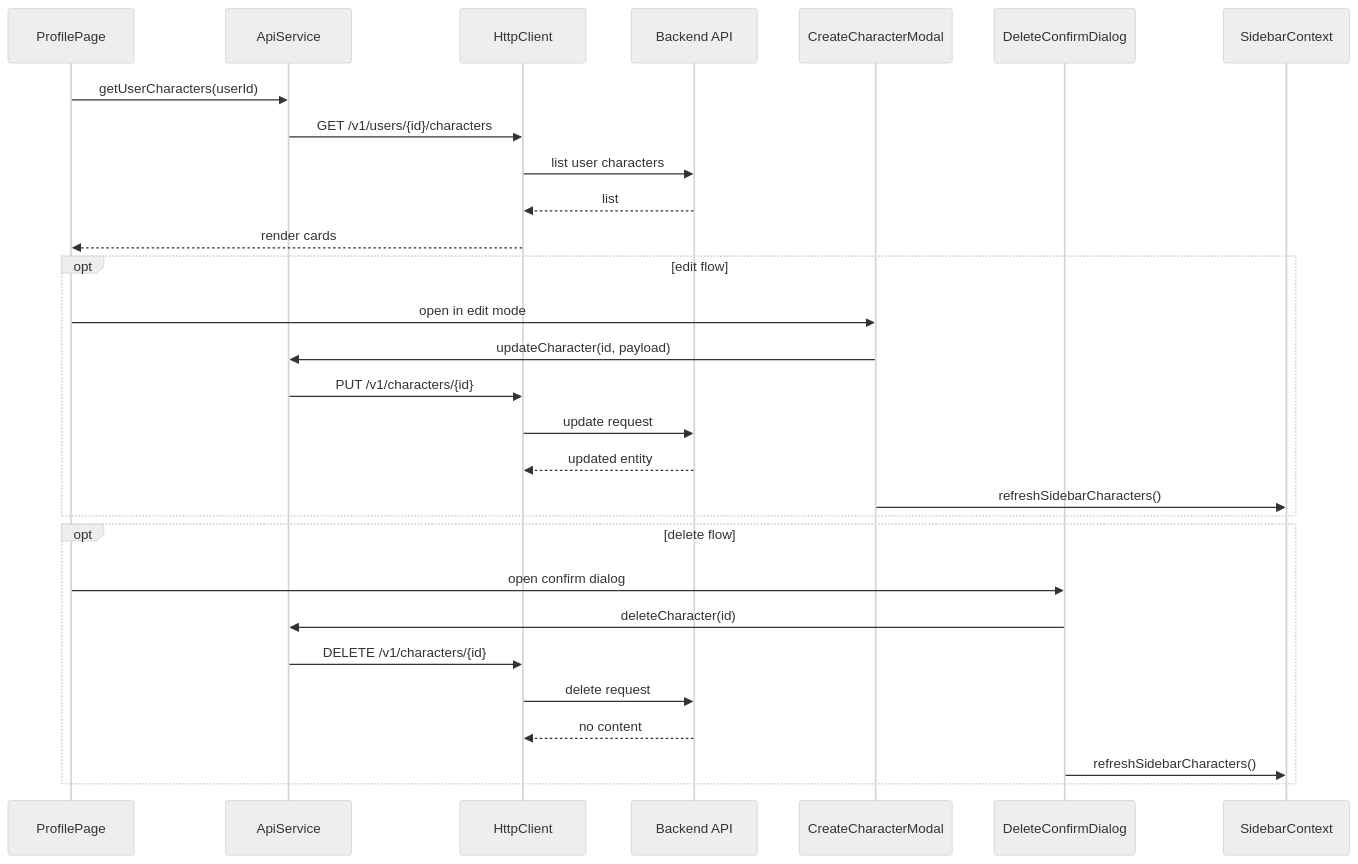
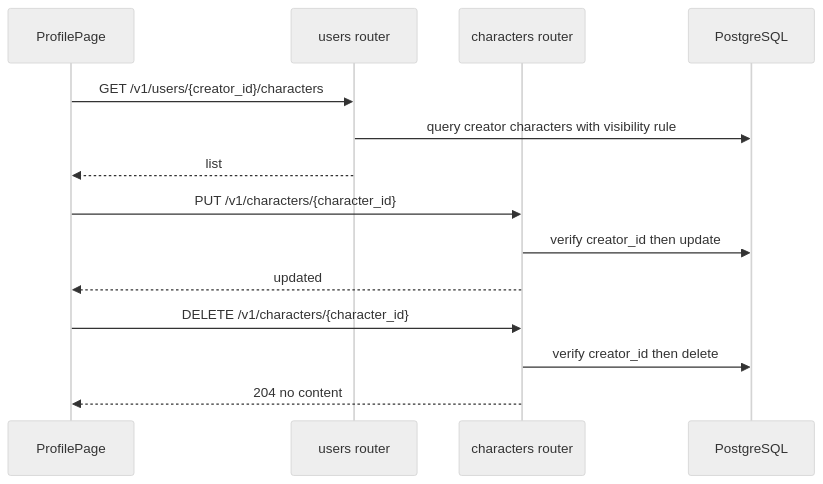
Before and after one commit to ChasePassion/role-playing: the eighth of 13 diagrams in .agent/project.md, drawn with Mermaid (neutral theme). The commit also changed other lines of this file, not shown here.

````diff
--- a/.agent/project.md
+++ b/.agent/project.md
@@ -380,34 +453,19 @@
 ```mermaid
 sequenceDiagram
     participant PP as ProfilePage
-    participant AS as ApiService
-    participant HC as HttpClient
-    participant API as Backend API
-    participant CM as CreateCharacterModal
-    participant DD as DeleteConfirmDialog
-    participant SC as SidebarContext
+    participant UR as users router
+    participant CR as characters router
+    participant DB as PostgreSQL
 
-    PP->>AS: getUserCharacters(userId)
-    AS->>HC: GET /v1/users/{id}/characters
-    HC->>API: list user characters
-    API-->>HC: list
-    HC-->>PP: render cards
+    PP->>UR: GET /v1/users/{creator_id}/characters
+    UR->>DB: query creator characters with visibility rule
+    UR-->>PP: list
 
-    opt edit flow
-        PP->>CM: open in edit mode
-        CM->>AS: updateCharacter(id, payload)
-        AS->>HC: PUT /v1/characters/{id}
-        HC->>API: update request
-        API-->>HC: updated entity
-        CM->>SC: refreshSidebarCharacters()
-    end
+    PP->>CR: PUT /v1/characters/{character_id}
+    CR->>DB: verify creator_id then update
+    CR-->>PP: updated
 
-    opt delete flow
-        PP->>DD: open confirm dialog
-        DD->>AS: deleteCharacter(id)
-        AS->>HC: DELETE /v1/characters/{id}
-        HC->>API: delete request
-        API-->>HC: no content
-        DD->>SC: refreshSidebarCharacters()
-    end
+    PP->>CR: DELETE /v1/characters/{character_id}
+    CR->>DB: verify creator_id then delete
+    CR-->>PP: 204 no content
 ```
````
